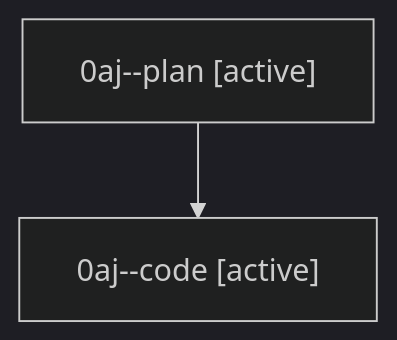
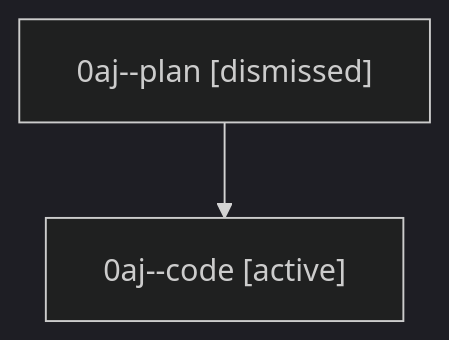
One commit to sase-org/sase--agents changed the diagram in sessions/bbugyi200.athena.0aj.md. Above: the diagram before and after it, drawn with Mermaid (dark theme). The commit also changed other lines of this file and 34 other files, not shown here.

````diff
--- a/sessions/bbugyi200.athena.0aj.md
+++ b/sessions/bbugyi200.athena.0aj.md
@@ -9,6 +9,6 @@
 ```mermaid
 flowchart TD
-  n0["0aj--plan [active]"]
+  n0["0aj--plan [dismissed]"]
   n1["0aj--code [active]"]
   n0 --> n1
 ```
````
